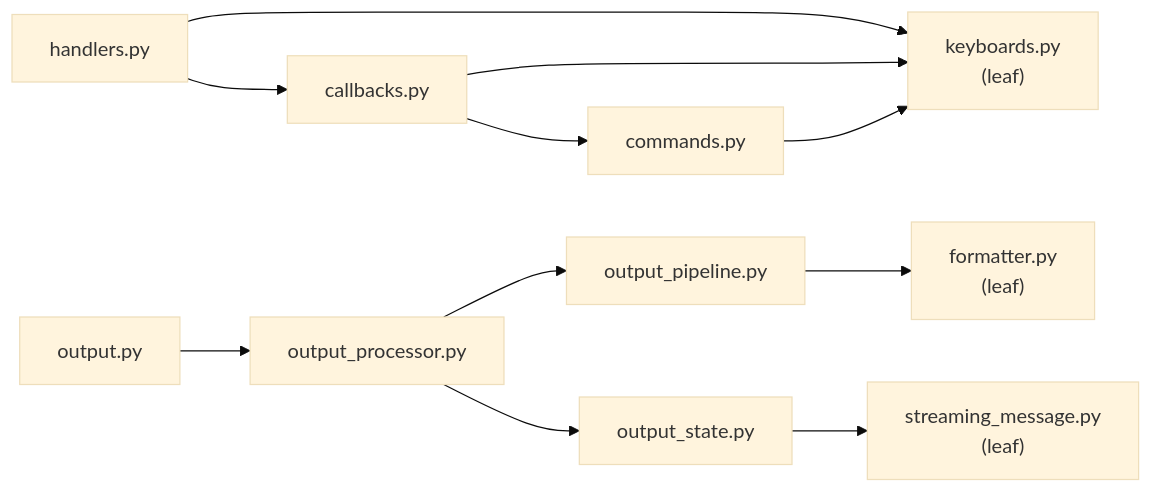
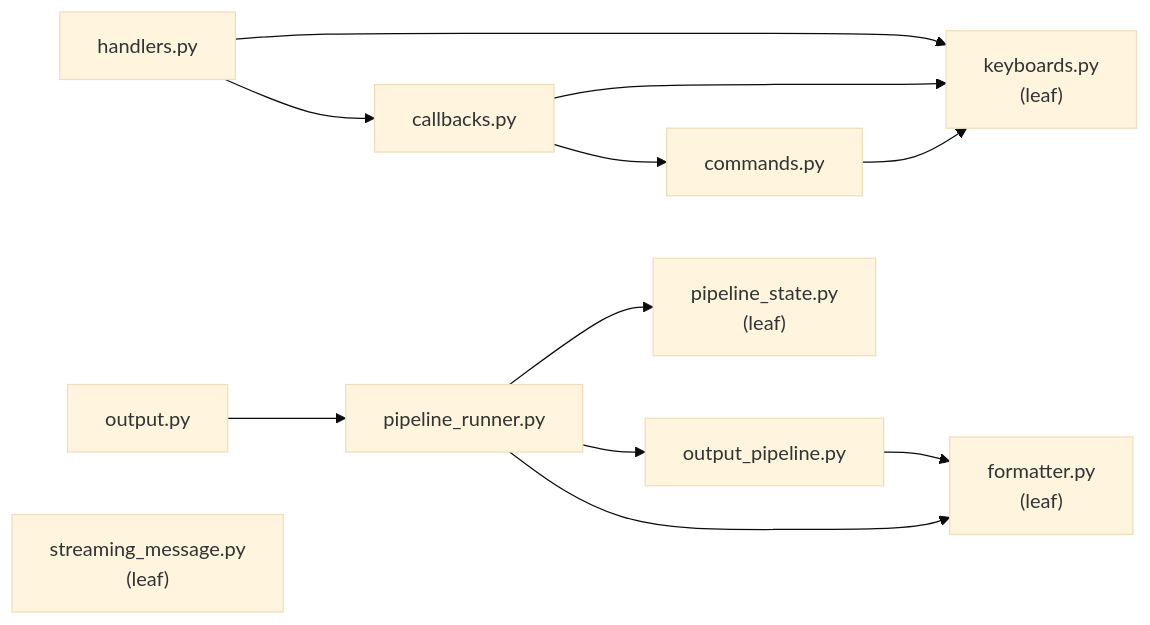
Before and after one commit to LounisBou/claude-code-telegram-instances-manager: the diagram in src/telegram/README.md, drawn with Mermaid (base theme). The commit also changed other lines of this file and 8 other files, not shown here.

````diff
--- a/src/telegram/README.md
+++ b/src/telegram/README.md
@@ -22,16 +22,17 @@
 ```mermaid
 graph LR
     keyboards["keyboards.py<br/>(leaf)"]
     formatter["formatter.py<br/>(leaf)"]
     handlers["handlers.py"] --> keyboards
     handlers --> callbacks
     callbacks["callbacks.py"] --> keyboards
     callbacks --> commands
     commands["commands.py"] --> keyboards
-    output["output.py"] --> output_processor
-    output_processor["output_processor.py"] --> output_pipeline
-    output_processor --> output_state
+    output["output.py"] --> pipeline_runner
+    pipeline_runner["pipeline_runner.py"] --> pipeline_state
+    pipeline_runner --> output_pipeline
+    pipeline_runner --> formatter
+    pipeline_state["pipeline_state.py<br/>(leaf)"]
     output_pipeline["output_pipeline.py"] --> formatter
-    output_state["output_state.py"] --> streaming_message
     streaming_message["streaming_message.py<br/>(leaf)"]
 ```
````
